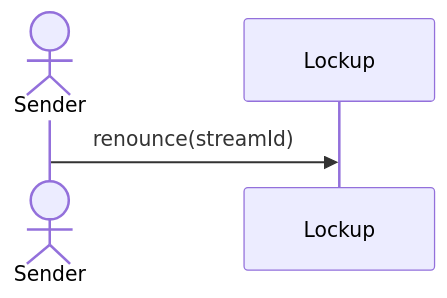
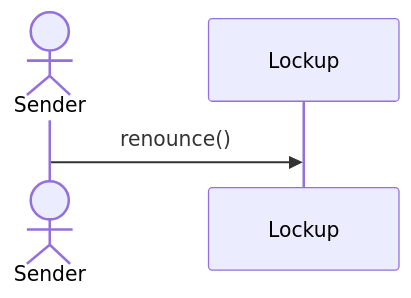
The fifth of 11 diagrams in docs/reference/lockup/04-access-control.md (sablier-labs/docs), drawn with Mermaid before and after one commit. The commit also changed other lines of this file and 3 other files, not shown here.

Commit message:
removes streamId from sequence diagrams categorizes diagrams in Flow access control simplifies diagrams in Lockup access control defines ongoing debt in Flow overview fixes definition of snapshot debt in Flow overview adds abbreviations in Flow diagrams

````diff
--- a/docs/reference/lockup/04-access-control.md
+++ b/docs/reference/lockup/04-access-control.md
@@ -89,6 +87,6 @@
 ```mermaid
 sequenceDiagram
   actor Sender
 
-  Sender ->> Lockup: renounce(streamId)
+  Sender ->> Lockup: renounce()
 ```
````
